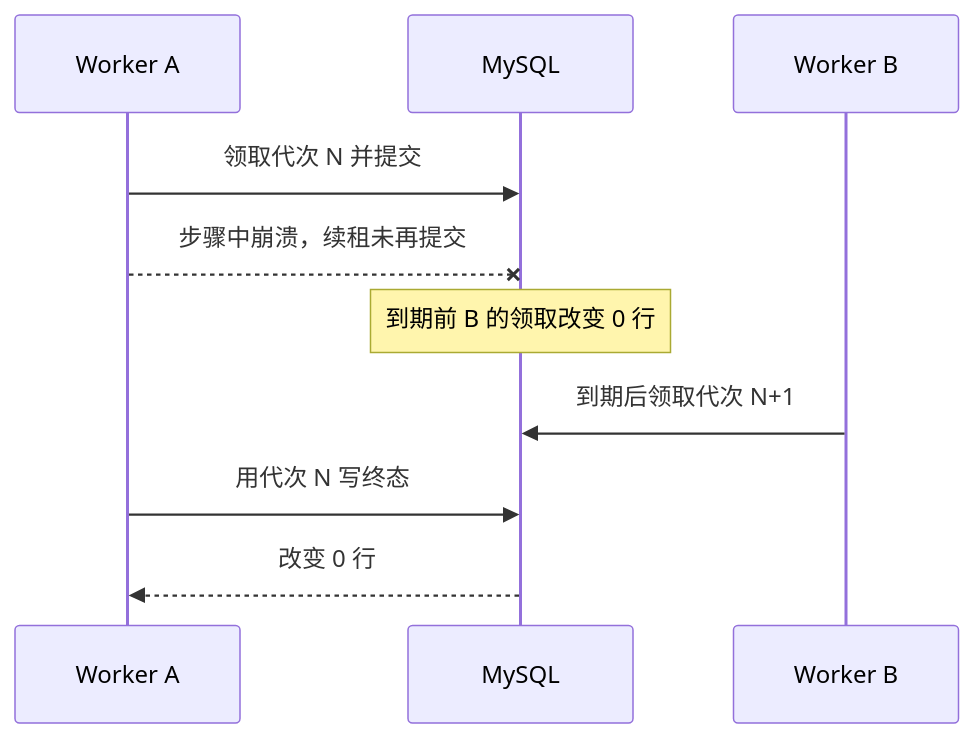
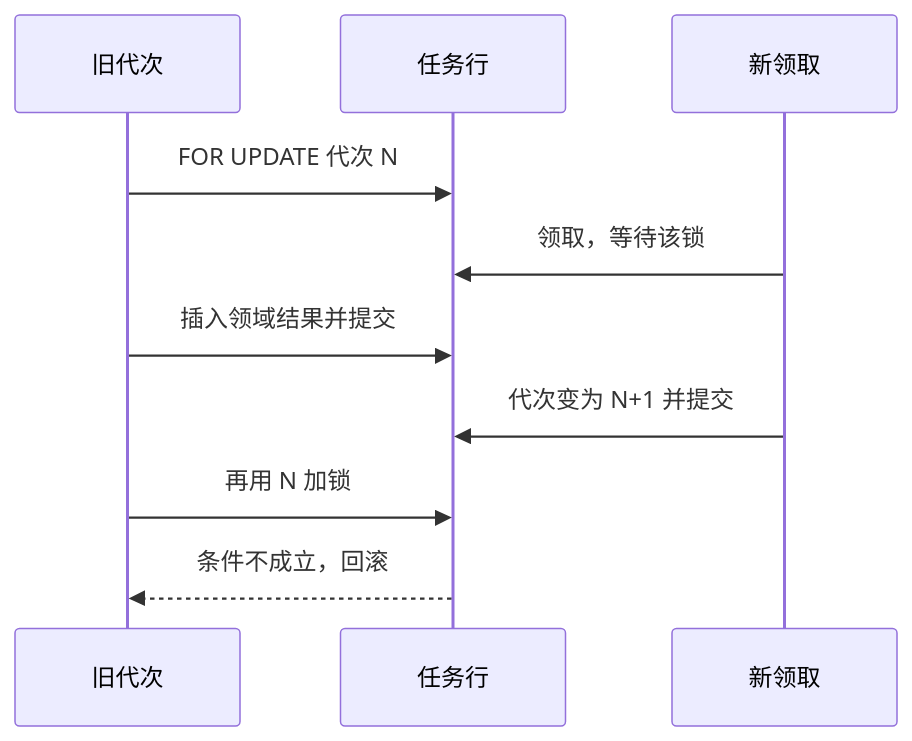
The diagram in docs/investigation/round-01/06-04-11 MTX Data Platform V2 Worker Task Ownership 与并发执行控制专项设计.md (david606/mtx-data-platform), drawn with Mermaid before and after one commit. The commit also changed other lines of this file and 3 other files, not shown here.

````diff
--- a/docs/investigation/round-01/06-04-11 MTX Data Platform V2 Worker Task Ownership 与并发执行控制专项设计.md
+++ b/docs/investigation/round-01/06-04-11 MTX Data Platform V2 Worker Task Ownership 与并发执行控制专项设计.md
@@ -273,12 +211,12 @@
 ```mermaid
 sequenceDiagram
-  participant A as Worker A
-  participant M as MySQL
-  participant B as Worker B
-  A->>M: 领取代次 N 并提交
-  A--xM: 步骤中崩溃，续租未再提交
-  Note over M: 到期前 B 的领取改变 0 行
-  B->>M: 到期后领取代次 N+1
-  A->>M: 用代次 N 写终态
-  M-->>A: 改变 0 行
+  participant A as 旧代次
+  participant M as 任务行
+  participant B as 新领取
+  A->>M: FOR UPDATE 代次 N
+  B->>M: 领取，等待该锁
+  A->>M: 插入领域结果并提交
+  B->>M: 代次变为 N+1 并提交
+  A->>M: 再用 N 加锁
+  M-->>A: 条件不成立，回滚
 ```
````
